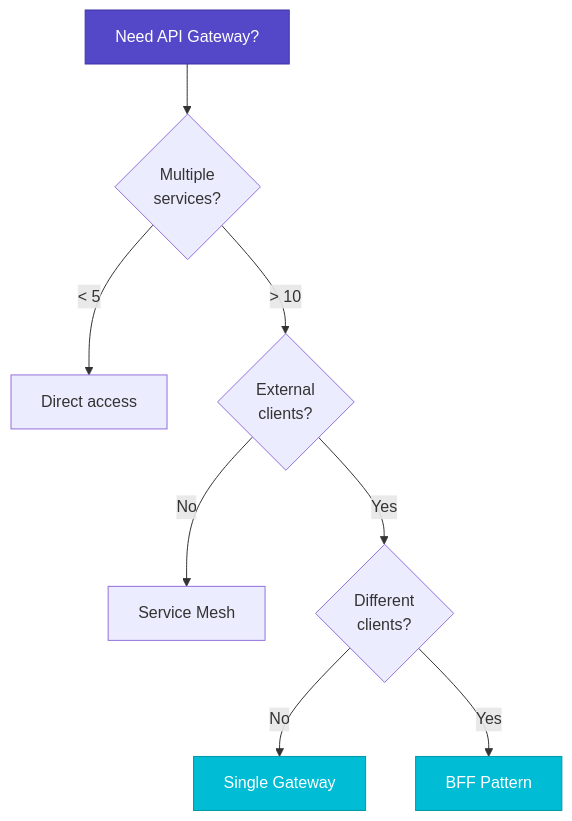
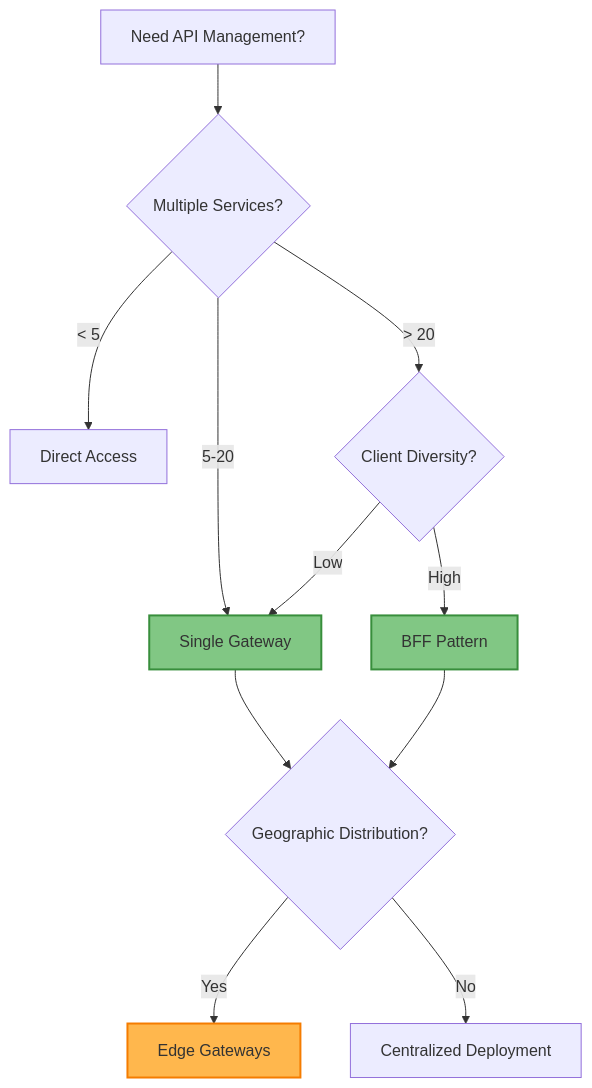
The sixth of 6 diagrams in docs/pattern-library/communication/api-gateway.md (deepaucksharma/DStudio), drawn with Mermaid before and after one commit. The commit also changed other lines of this file and 11 other files, not shown here.

````diff
--- a/docs/pattern-library/communication/api-gateway.md
+++ b/docs/pattern-library/communication/api-gateway.md
@@ -325,14 +557,21 @@
 ```mermaid
 graph TD
-    Start[Need API Gateway?] --> Q1{Multiple<br/>services?}
-    Q1 -->|< 5| Direct[Direct access]
-    Q1 -->|> 10| Q2{External<br/>clients?}
-    Q2 -->|No| Mesh[Service Mesh]
-    Q2 -->|Yes| Q3{Different<br/>clients?}
-    Q3 -->|No| Single[Single Gateway]
-    Q3 -->|Yes| BFF[BFF Pattern]
+    A[Need API Management?] --> B{Multiple Services?}
+    B -->|< 5| C[Direct Access]
+    B -->|5-20| D[Single Gateway]
+    B -->|> 20| E{Client Diversity?}
     
-    style Start fill:#5448C8,stroke:#3f33a6,color:#fff
-    style Single fill:#00BCD4,stroke:#0097a7,color:#fff
-    style BFF fill:#00BCD4,stroke:#0097a7,color:#fff
+    E -->|Low| D
+    E -->|High| F[BFF Pattern]
+    
+    D --> G{Geographic Distribution?}
+    F --> G
+    G -->|Yes| H[Edge Gateways]
+    G -->|No| I[Centralized Deployment]
+    
+    classDef recommended fill:#81c784,stroke:#388e3c,stroke-width:2px
+    classDef caution fill:#ffb74d,stroke:#f57c00,stroke-width:2px
+    
+    class D,F recommended
+    class H caution
 ```
````
